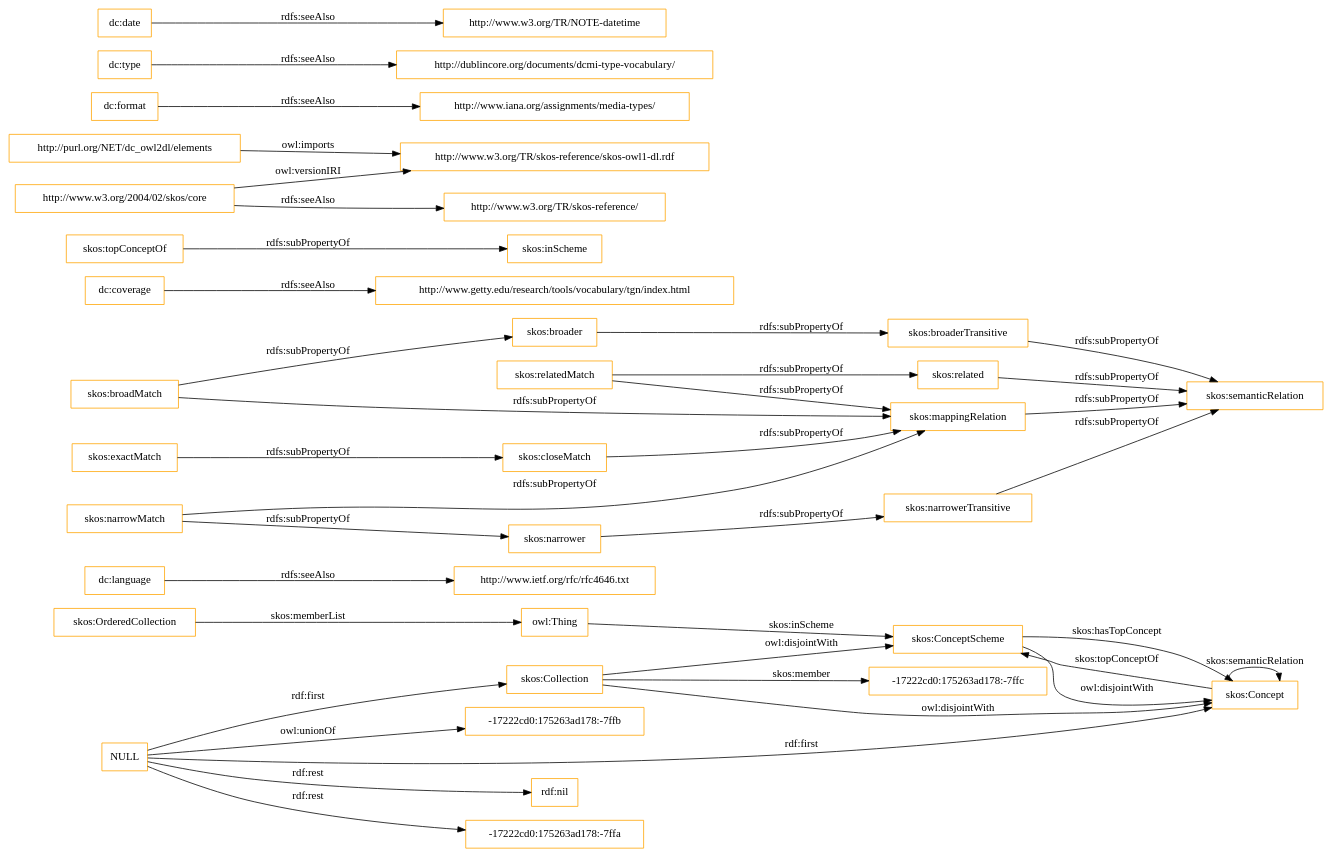
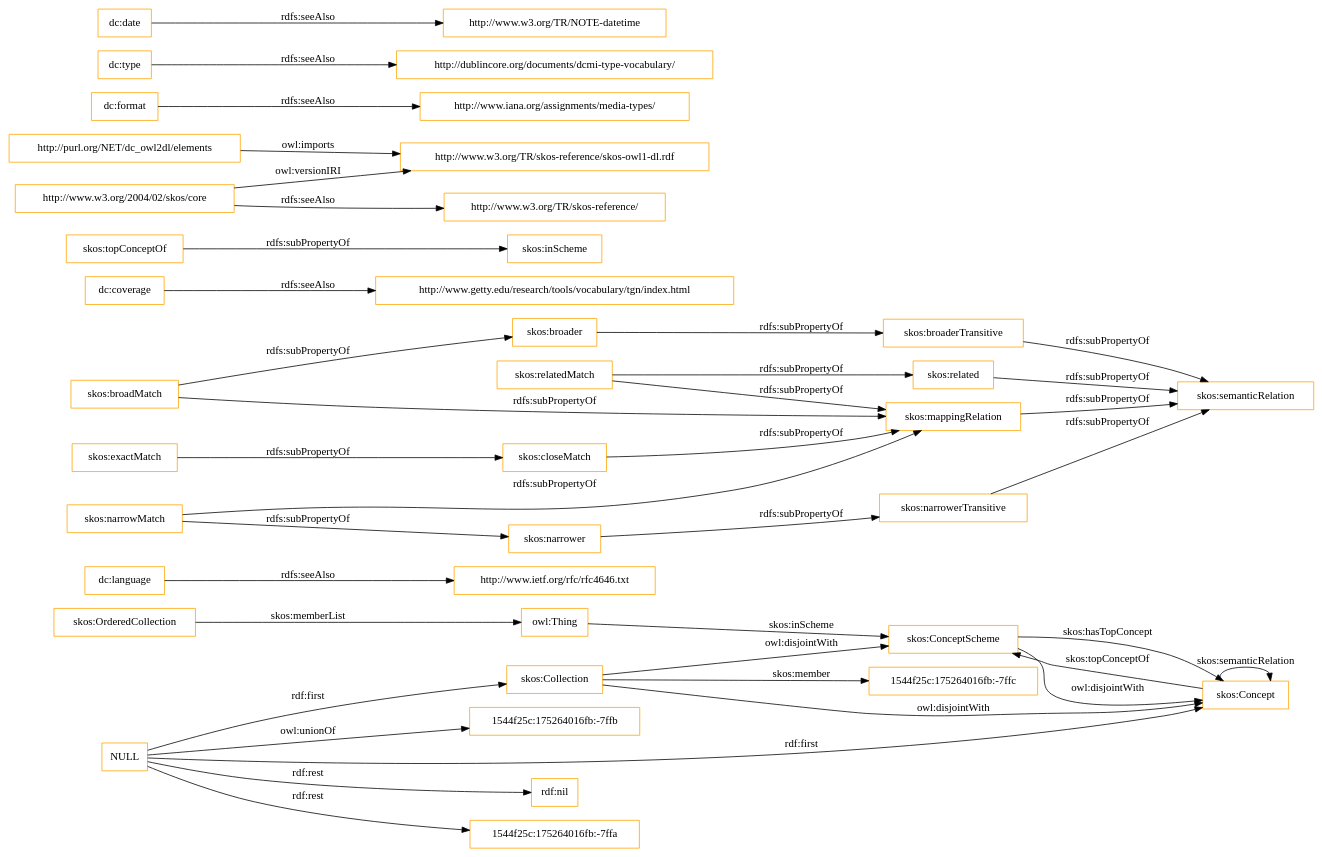
The diagram in OnToology/imports/elements.owl/diagrams/ar2dtool-class/elements.owl.png.dot (OnToologyUser/core-ontology-1), drawn with Graphviz before and after one commit. The commit also changed 14 other files, not shown here.

```diff
--- a/OnToology/imports/elements.owl/diagrams/ar2dtool-class/elements.owl.png.dot
+++ b/OnToology/imports/elements.owl/diagrams/ar2dtool-class/elements.owl.png.dot
@@ -1,43 +1,43 @@
 digraph ar2dtool_diagram { 
 rankdir=LR;
 size="1501"
-node [shape = rectangle, color="orange"]; "-17222cd0:175263ad178:-7ffc" "skos:OrderedCollection" "skos:Collection" "skos:ConceptScheme" "skos:Concept" ; /*classes style*/
+node [shape = rectangle, color="orange"]; "1544f25c:175264016fb:-7ffc" "skos:OrderedCollection" "skos:Collection" "skos:ConceptScheme" "skos:Concept" ; /*classes style*/
 	"dc:language" -> "http://www.ietf.org/rfc/rfc4646.txt" [ label = "rdfs:seeAlso" ];
 	"NULL" -> "rdf:nil" [ label = "rdf:rest" ];
 	"NULL" -> "skos:Collection" [ label = "rdf:first" ];
-	"NULL" -> "-17222cd0:175263ad178:-7ffa" [ label = "rdf:rest" ];
+	"NULL" -> "1544f25c:175264016fb:-7ffa" [ label = "rdf:rest" ];
 	"NULL" -> "skos:Concept" [ label = "rdf:first" ];
-	"NULL" -> "-17222cd0:175263ad178:-7ffb" [ label = "owl:unionOf" ];
+	"NULL" -> "1544f25c:175264016fb:-7ffb" [ label = "owl:unionOf" ];
 	"skos:closeMatch" -> "skos:mappingRelation" [ label = "rdfs:subPropertyOf" ];
 	"dc:coverage" -> "http://www.getty.edu/research/tools/vocabulary/tgn/index.html" [ label = "rdfs:seeAlso" ];
 	"skos:relatedMatch" -> "skos:related" [ label = "rdfs:subPropertyOf" ];
 	"skos:relatedMatch" -> "skos:mappingRelation" [ label = "rdfs:subPropertyOf" ];
 	"skos:ConceptScheme" -> "skos:Concept" [ label = "owl:disjointWith" ];
 	"skos:related" -> "skos:semanticRelation" [ label = "rdfs:subPropertyOf" ];
 	"skos:topConceptOf" -> "skos:inScheme" [ label = "rdfs:subPropertyOf" ];
 	"skos:broadMatch" -> "skos:broader" [ label = "rdfs:subPropertyOf" ];
 	"skos:broadMatch" -> "skos:mappingRelation" [ label = "rdfs:subPropertyOf" ];
 	"http://purl.org/NET/dc_owl2dl/elements" -> "http://www.w3.org/TR/skos-reference/skos-owl1-dl.rdf" [ label = "owl:imports" ];
 	"skos:exactMatch" -> "skos:closeMatch" [ label = "rdfs:subPropertyOf" ];
 	"dc:format" -> "http://www.iana.org/assignments/media-types/" [ label = "rdfs:seeAlso" ];
 	"skos:broaderTransitive" -> "skos:semanticRelation" [ label = "rdfs:subPropertyOf" ];
 	"dc:type" -> "http://dublincore.org/documents/dcmi-type-vocabulary/" [ label = "rdfs:seeAlso" ];
 	"skos:broader" -> "skos:broaderTransitive" [ label = "rdfs:subPropertyOf" ];
 	"skos:mappingRelation" -> "skos:semanticRelation" [ label = "rdfs:subPropertyOf" ];
 	"http://www.w3.org/2004/02/skos/core" -> "http://www.w3.org/TR/skos-reference/skos-owl1-dl.rdf" [ label = "owl:versionIRI" ];
 	"http://www.w3.org/2004/02/skos/core" -> "http://www.w3.org/TR/skos-reference/" [ label = "rdfs:seeAlso" ];
 	"skos:Collection" -> "skos:ConceptScheme" [ label = "owl:disjointWith" ];
 	"skos:Collection" -> "skos:Concept" [ label = "owl:disjointWith" ];
 	"skos:narrowMatch" -> "skos:narrower" [ label = "rdfs:subPropertyOf" ];
 	"skos:narrowMatch" -> "skos:mappingRelation" [ label = "rdfs:subPropertyOf" ];
 	"skos:narrower" -> "skos:narrowerTransitive" [ label = "rdfs:subPropertyOf" ];
 	"dc:date" -> "http://www.w3.org/TR/NOTE-datetime" [ label = "rdfs:seeAlso" ];
 	"skos:narrowerTransitive" -> "skos:semanticRelation" [ label = "rdfs:subPropertyOf" ];
 	"skos:OrderedCollection" -> "owl:Thing" [ label = "skos:memberList" ];
 	"skos:Concept" -> "skos:ConceptScheme" [ label = "skos:topConceptOf" ];
 	"skos:Concept" -> "skos:Concept" [ label = "skos:semanticRelation" ];
-	"skos:Collection" -> "-17222cd0:175263ad178:-7ffc" [ label = "skos:member" ];
+	"skos:Collection" -> "1544f25c:175264016fb:-7ffc" [ label = "skos:member" ];
 	"skos:ConceptScheme" -> "skos:Concept" [ label = "skos:hasTopConcept" ];
 	"owl:Thing" -> "skos:ConceptScheme" [ label = "skos:inScheme" ];
 
 }
```
